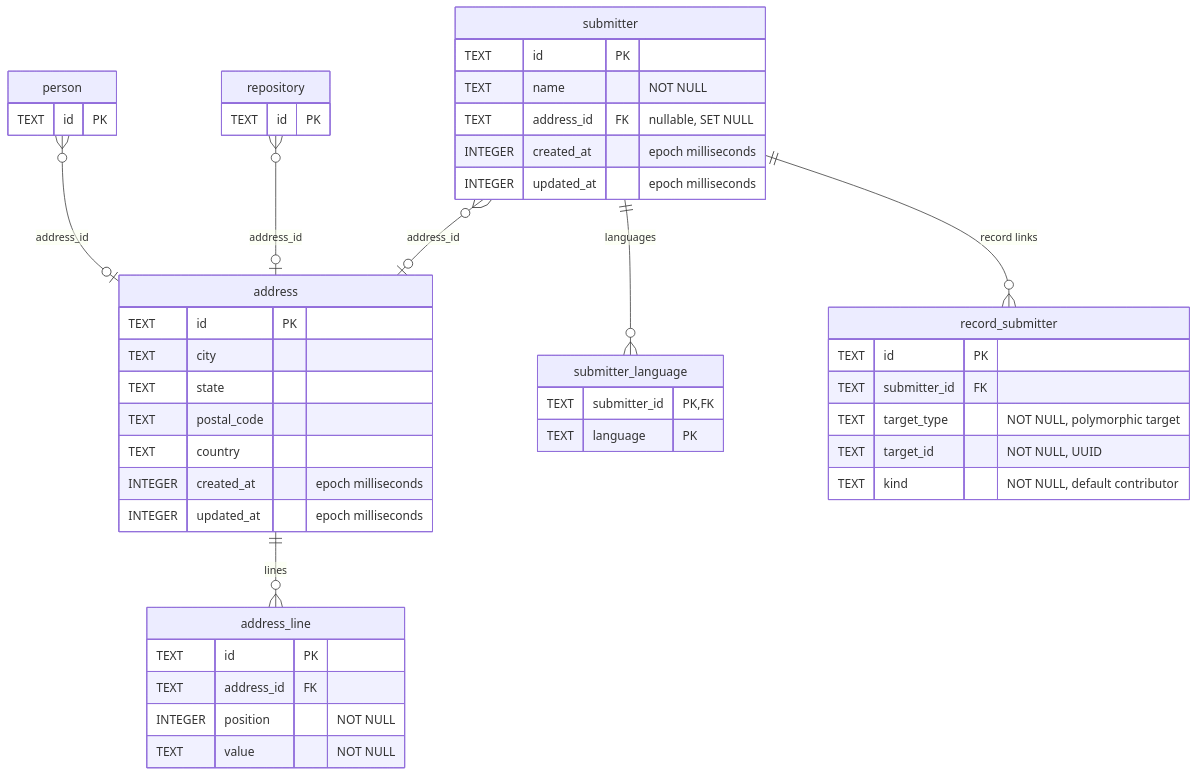
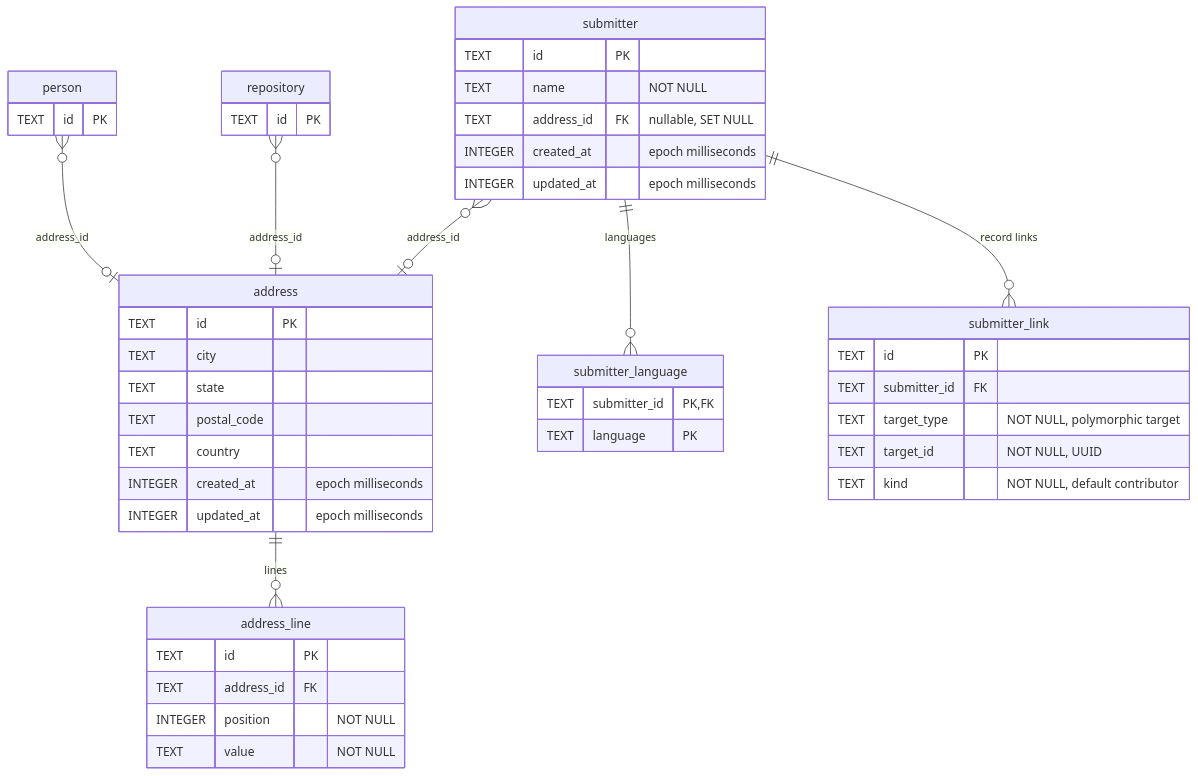
Diagram 11 of 12 in docs/db-schema.md (borisovodov/doru), drawn with Mermaid before and after one commit. The commit also changed other lines of this file and 46 other files, not shown here.

Commit message:
Rename record_submitter to submitter_link

````diff
--- a/docs/db-schema.md
+++ b/docs/db-schema.md
@@ -801,55 +801,55 @@
 ```mermaid
 erDiagram
     address ||--o{ address_line : "lines"
     person }o--o| address : "address_id"
     repository }o--o| address : "address_id"
     submitter }o--o| address : "address_id"
     submitter ||--o{ submitter_language : "languages"
-    submitter ||--o{ record_submitter : "record links"
+    submitter ||--o{ submitter_link : "record links"
 
     address {
         TEXT id PK
         TEXT city
         TEXT state
         TEXT postal_code
         TEXT country
         INTEGER created_at "epoch milliseconds"
         INTEGER updated_at "epoch milliseconds"
     }
 
     address_line {
         TEXT id PK
         TEXT address_id FK
         INTEGER position "NOT NULL"
         TEXT value "NOT NULL"
     }
 
     submitter {
         TEXT id PK
         TEXT name "NOT NULL"
         TEXT address_id FK "nullable, SET NULL"
         INTEGER created_at "epoch milliseconds"
         INTEGER updated_at "epoch milliseconds"
     }
 
     submitter_language {
         TEXT submitter_id PK, FK
         TEXT language PK
     }
 
-    record_submitter {
+    submitter_link {
         TEXT id PK
         TEXT submitter_id FK
         TEXT target_type "NOT NULL, polymorphic target"
         TEXT target_id "NOT NULL, UUID"
         TEXT kind "NOT NULL, default contributor"
     }
 
     person {
         TEXT id PK
     }
 
     repository {
         TEXT id PK
     }
 ```
````
